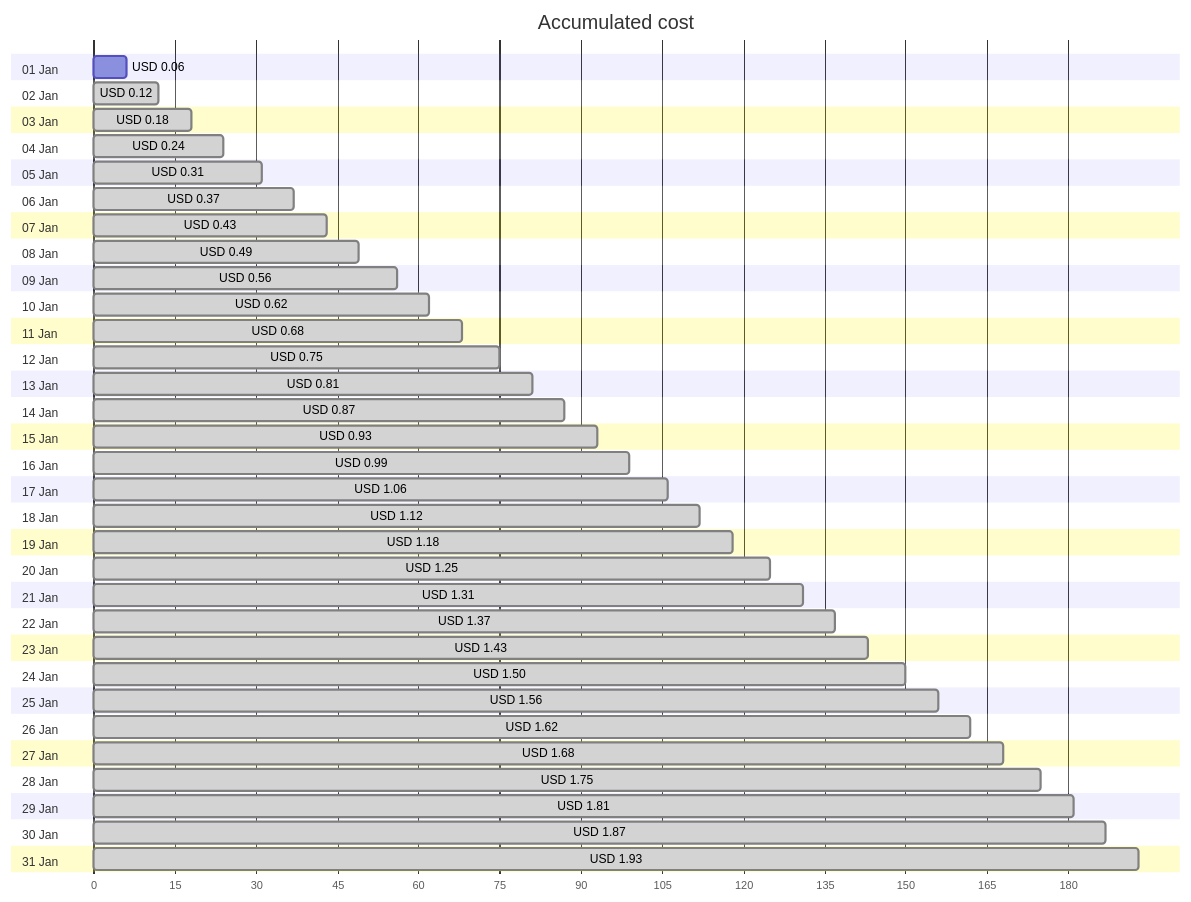
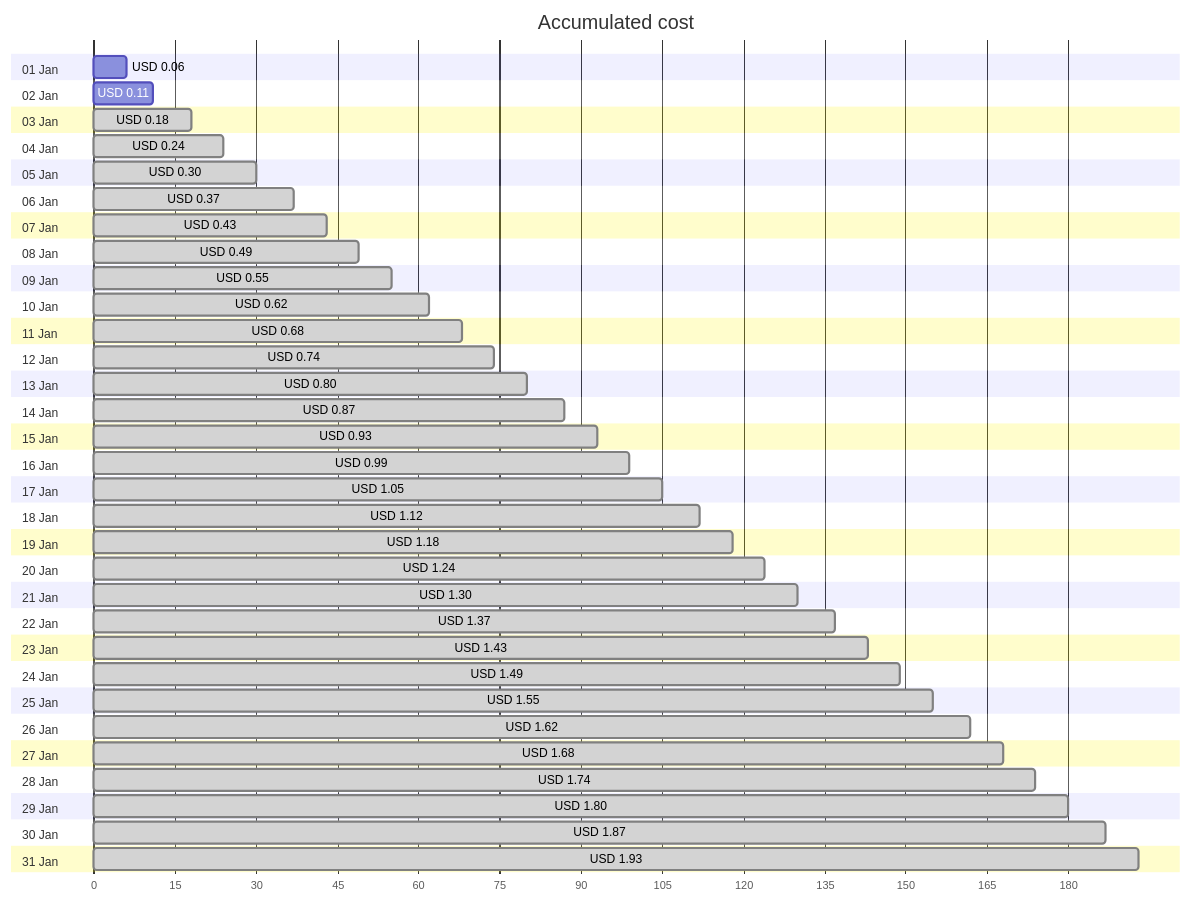
The first of 4 diagrams in cost-reports/personal-network/vpn-server_OsDisk.md (jpfulton/azure-personal-reports), drawn with Mermaid before and after one commit. The commit also changed other lines of this file and 8 other files, not shown here.

````diff
--- a/cost-reports/personal-network/vpn-server_OsDisk.md
+++ b/cost-reports/personal-network/vpn-server_OsDisk.md
@@ -20,68 +20,68 @@
 ```mermaid
 gantt
    title Accumulated cost
    dateFormat  X
    axisFormat %s
    section 01 Jan
    USD 0.06 :0, 6
    section 02 Jan
-   USD 0.12 : done, 0, 12
+   USD 0.11 :0, 11
    section 03 Jan
    USD 0.18 : done, 0, 18
    section 04 Jan
    USD 0.24 : done, 0, 24
    section 05 Jan
-   USD 0.31 : done, 0, 31
+   USD 0.30 : done, 0, 30
    section 06 Jan
    USD 0.37 : done, 0, 37
    section 07 Jan
    USD 0.43 : done, 0, 43
    section 08 Jan
    USD 0.49 : done, 0, 49
    section 09 Jan
-   USD 0.56 : done, 0, 56
+   USD 0.55 : done, 0, 55
    section 10 Jan
    USD 0.62 : done, 0, 62
    section 11 Jan
    USD 0.68 : done, 0, 68
    section 12 Jan
-   USD 0.75 : done, 0, 75
+   USD 0.74 : done, 0, 74
    section 13 Jan
-   USD 0.81 : done, 0, 81
+   USD 0.80 : done, 0, 80
    section 14 Jan
    USD 0.87 : done, 0, 87
    section 15 Jan
    USD 0.93 : done, 0, 93
    section 16 Jan
    USD 0.99 : done, 0, 99
    section 17 Jan
-   USD 1.06 : done, 0, 106
+   USD 1.05 : done, 0, 105
    section 18 Jan
    USD 1.12 : done, 0, 112
    section 19 Jan
    USD 1.18 : done, 0, 118
    section 20 Jan
-   USD 1.25 : done, 0, 125
+   USD 1.24 : done, 0, 124
    section 21 Jan
-   USD 1.31 : done, 0, 131
+   USD 1.30 : done, 0, 130
    section 22 Jan
    USD 1.37 : done, 0, 137
    section 23 Jan
    USD 1.43 : done, 0, 143
    section 24 Jan
-   USD 1.50 : done, 0, 150
+   USD 1.49 : done, 0, 149
    section 25 Jan
-   USD 1.56 : done, 0, 156
+   USD 1.55 : done, 0, 155
    section 26 Jan
    USD 1.62 : done, 0, 162
    section 27 Jan
    USD 1.68 : done, 0, 168
    section 28 Jan
-   USD 1.75 : done, 0, 175
+   USD 1.74 : done, 0, 174
    section 29 Jan
-   USD 1.81 : done, 0, 181
+   USD 1.80 : done, 0, 180
    section 30 Jan
    USD 1.87 : done, 0, 187
    section 31 Jan
    USD 1.93 : done, 0, 193
 ```
````
